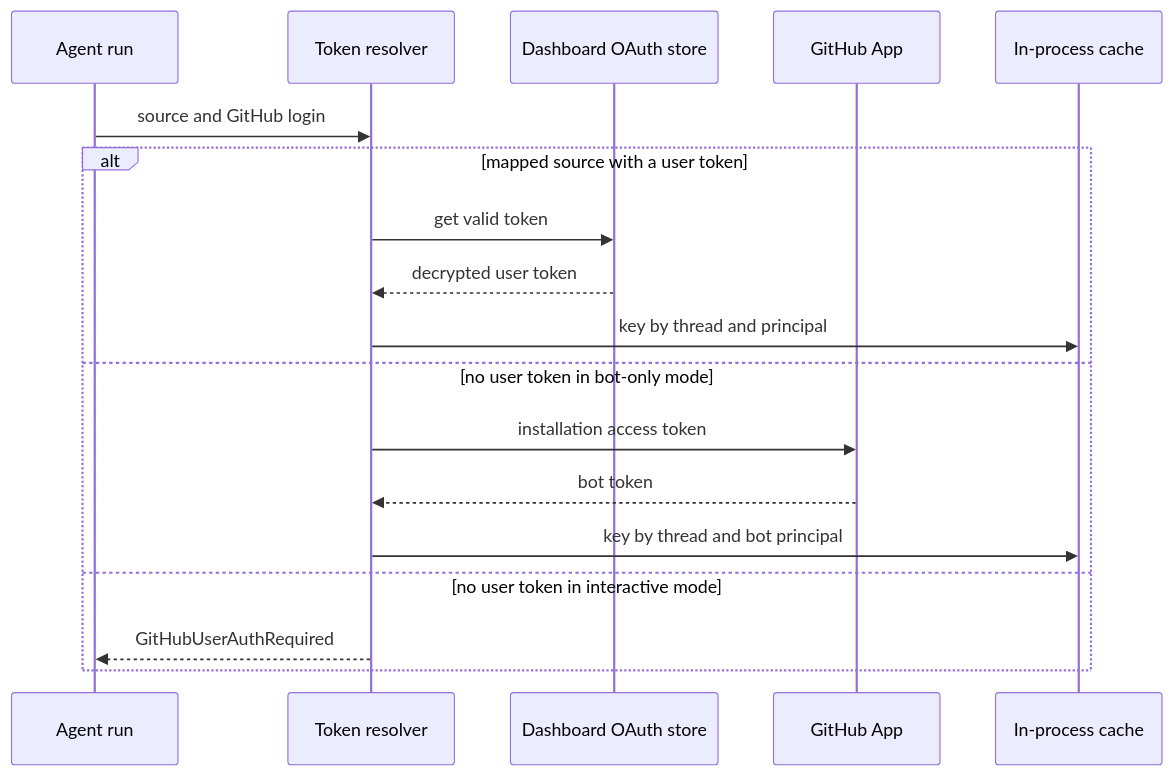
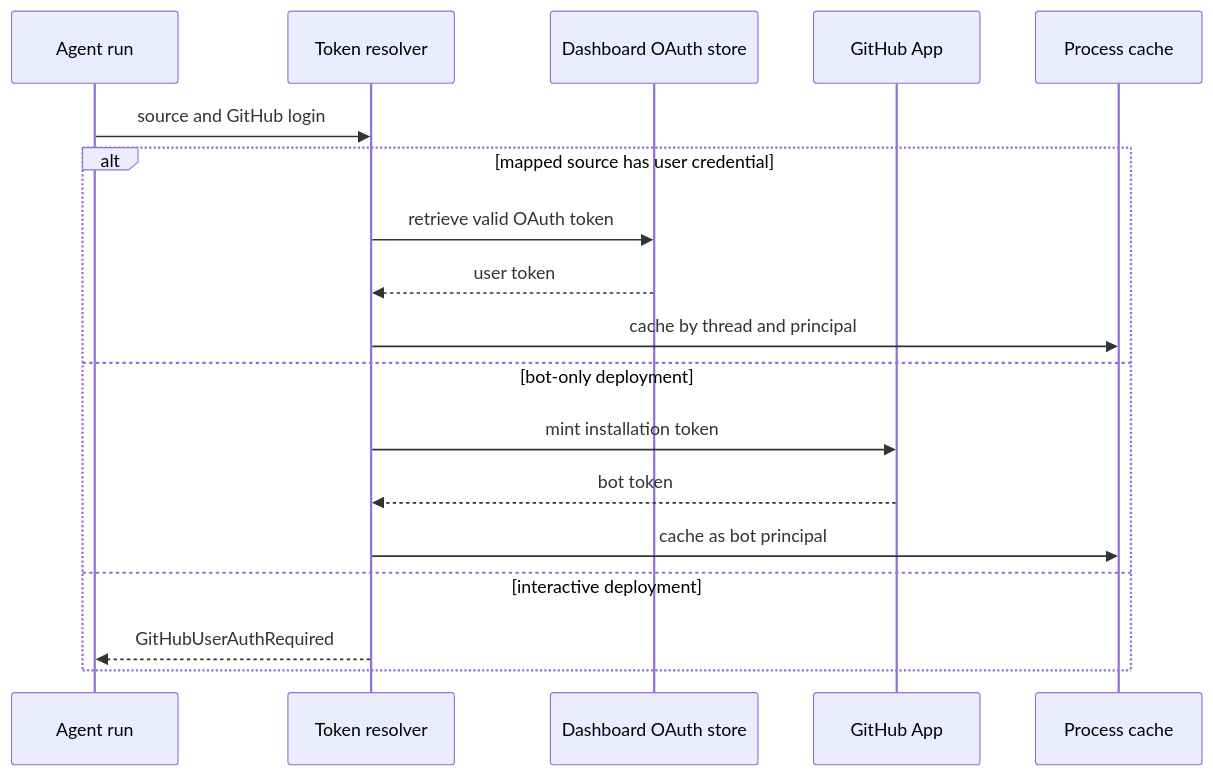
Before and after one commit to langchain-ai/open-swe: the diagram in openwiki/concepts/auth-and-security.md, drawn with Mermaid. The commit also changed other lines of this file and 52 other files, not shown here.

````diff
--- a/openwiki/concepts/auth-and-security.md
+++ b/openwiki/concepts/auth-and-security.md
@@ -81,21 +81,21 @@
 ```mermaid
 sequenceDiagram
     participant Run as Agent run
     participant Resolver as Token resolver
     participant Store as Dashboard OAuth store
     participant App as GitHub App
-    participant Cache as In-process cache
+    participant Cache as Process cache
 
     Run->>Resolver: source and GitHub login
-    alt mapped source with a user token
-        Resolver->>Store: get valid token
-        Store-->>Resolver: decrypted user token
-        Resolver->>Cache: key by thread and principal
-    else no user token in bot-only mode
-        Resolver->>App: installation access token
+    alt mapped source has user credential
+        Resolver->>Store: retrieve valid OAuth token
+        Store-->>Resolver: user token
+        Resolver->>Cache: cache by thread and principal
+    else bot-only deployment
+        Resolver->>App: mint installation token
         App-->>Resolver: bot token
-        Resolver->>Cache: key by thread and bot principal
-    else no user token in interactive mode
+        Resolver->>Cache: cache as bot principal
+    else interactive deployment
         Resolver-->>Run: GitHubUserAuthRequired
     end
 ```
````
